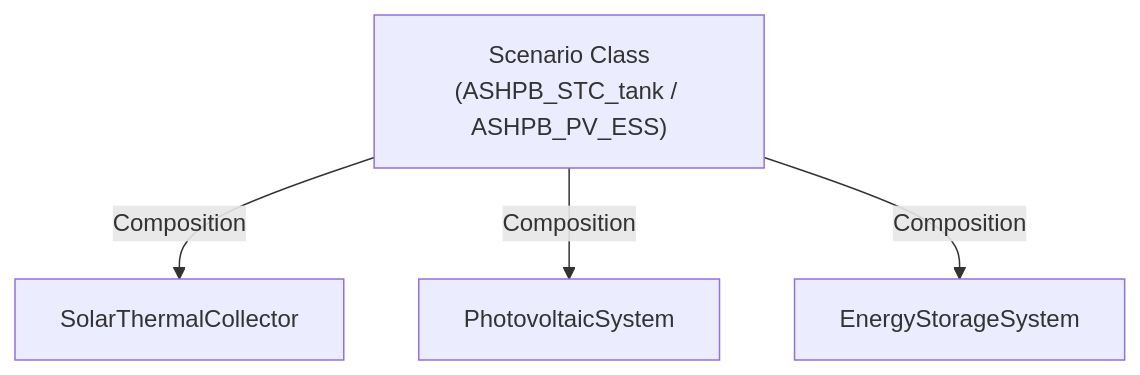
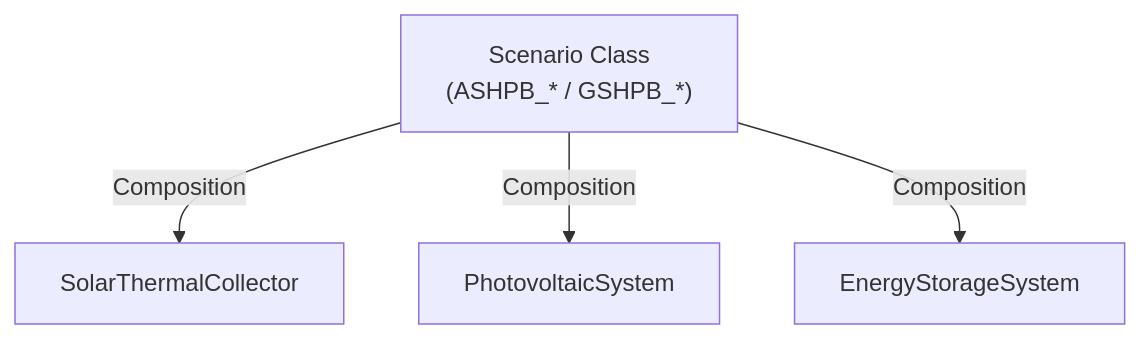
One commit to bet-lab/enex_analysis_engine changed the diagram in docs/guides/subsystems.md. Above: the diagram before and after it, drawn with Mermaid. The commit also changed other lines of this file and 6 other files, not shown here.

First line of the commit message:
feat(gshpb): implement Phase 3 architecture with STC and PV/ESS scenarios

````diff
--- a/docs/guides/subsystems.md
+++ b/docs/guides/subsystems.md
@@ -24,11 +24,11 @@
 ```mermaid
 graph TB
-  HP["Scenario Class<br/>(ASHPB_STC_tank / ASHPB_PV_ESS)"]
+  HP["Scenario Class<br/>(ASHPB_* / GSHPB_*)"]
   STC["SolarThermalCollector"]
   PV["PhotovoltaicSystem"]
   ESS["EnergyStorageSystem"]
 
   HP -->|Composition| STC
   HP -->|Composition| PV
   HP -->|Composition| ESS
 ```
````
